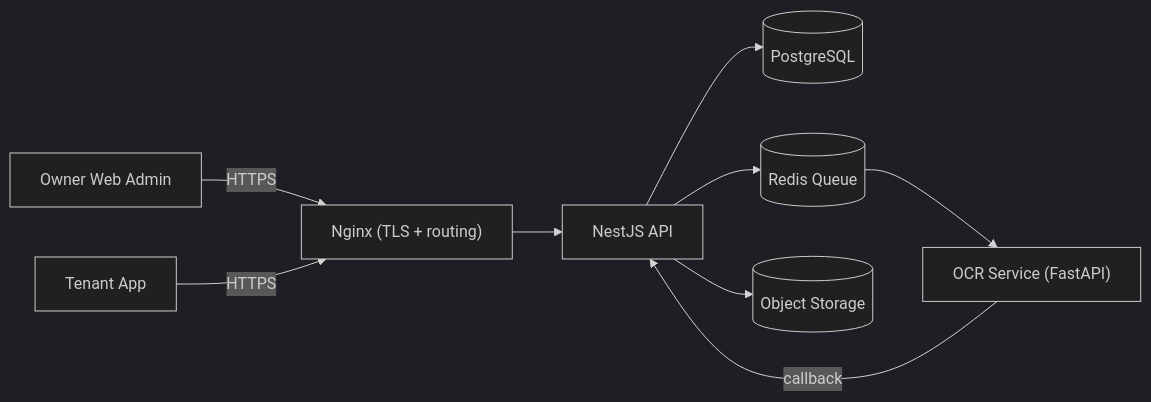
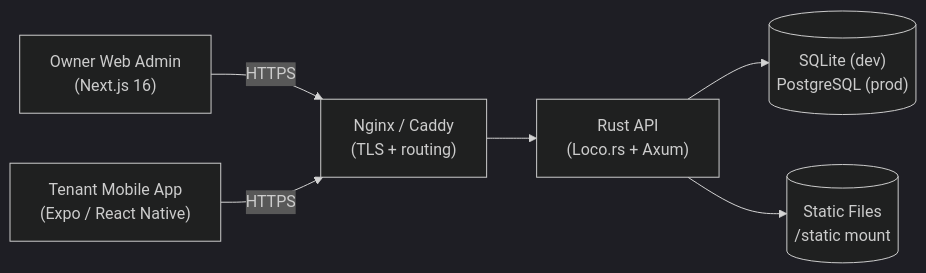
One commit to nhatroso/nhatroso-platform changed the diagram in docs/PROJECT – NHATROSO PLATFORM/ARCHITECTURE & SDD/Architecture 3502a4963484829f89330140fdeee732.md. Above: the diagram before and after it, drawn with Mermaid (dark theme). The commit also changed other lines of this file and 88 other files, not shown here.

````diff
--- a/docs/PROJECT – NHATROSO PLATFORM/ARCHITECTURE & SDD/Architecture 3502a4963484829f89330140fdeee732.md
+++ b/docs/PROJECT – NHATROSO PLATFORM/ARCHITECTURE & SDD/Architecture 3502a4963484829f89330140fdeee732.md
@@ -197,11 +198,8 @@
 ```mermaid
 flowchart LR
-	Owner["Owner Web Admin"] -->|HTTPS| Nginx["Nginx (TLS + routing)"]
-	Tenant["Tenant App"] -->|HTTPS| Nginx
-	Nginx --> API["NestJS API"]
-	API --> PG[("PostgreSQL")]
-	API --> Redis[("Redis Queue")]
-	API --> Store[("Object Storage")]
-	Redis --> OCR["OCR Service (FastAPI)"]
-	OCR -->|callback| API
+	Owner["Owner Web Admin\n(Next.js 16)"] -->|HTTPS| Proxy["Nginx / Caddy\n(TLS + routing)"]
+	Tenant["Tenant Mobile App\n(Expo / React Native)"] -->|HTTPS| Proxy
+	Proxy --> API["Rust API\n(Loco.rs + Axum)"]
+	API --> DB[("SQLite (dev)\nPostgreSQL (prod)")]
+	API --> Static[("Static Files\n/static mount")]
 ```
````
